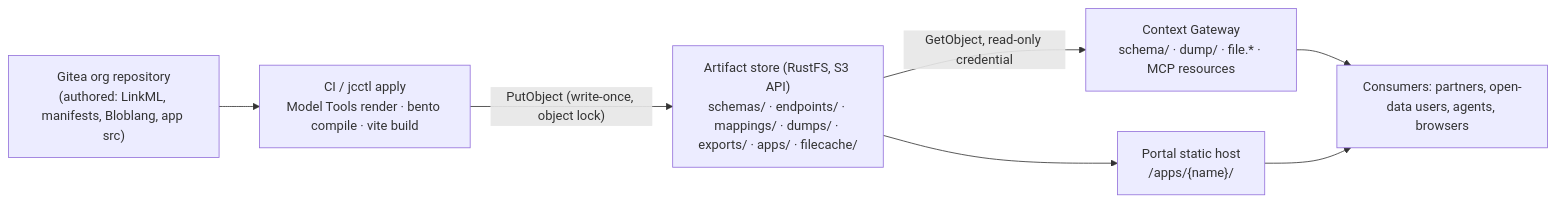
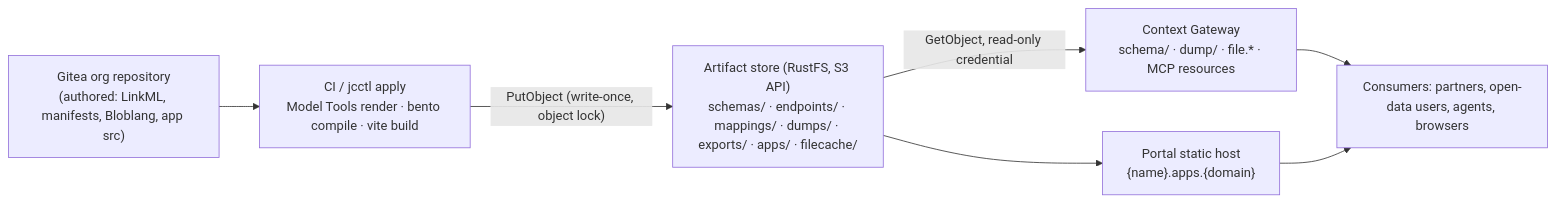
One commit to marek-mraz-jc/joinedcontext-docs changed the diagram in Architecture/17-artifact-store.md. Above: the diagram before and after it, drawn with Mermaid. The commit also changed 18 other files, not shown here.

Commit message:
T-2477: ADR-N-037: an origin per App and an egress allow-list per App; AP-133 to AP-135, the app pages name the host (T-2477)

````diff
--- a/Architecture/17-artifact-store.md
+++ b/Architecture/17-artifact-store.md
@@ -10,12 +10,12 @@
 ```mermaid
 flowchart LR
     GIT["Gitea org repository<br/>(authored: LinkML, manifests, Bloblang, app src)"]
     CI["CI / jcctl apply<br/>Model Tools render · bento compile · vite build"]
     S3["Artifact store (RustFS, S3 API)<br/>schemas/ · endpoints/ · mappings/ · dumps/ · exports/ · apps/ · filecache/"]
     GW["Context Gateway<br/>schema/ · dump/ · file.* · MCP resources"]
-    PORTAL["Portal static host<br/>/apps/{name}/"]
+    PORTAL["Portal static host<br/>{name}.apps.{domain}"]
     C["Consumers: partners, open-data users, agents, browsers"]
     GIT --> CI -->|"PutObject (write-once, object lock)"| S3
     S3 -->|"GetObject, read-only credential"| GW --> C
     S3 --> PORTAL --> C
 ```
````
